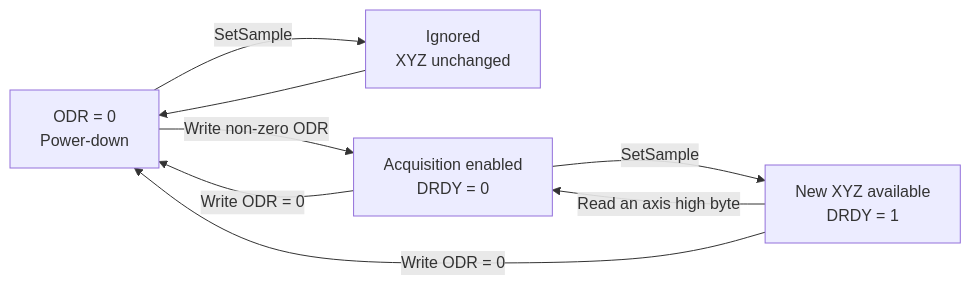
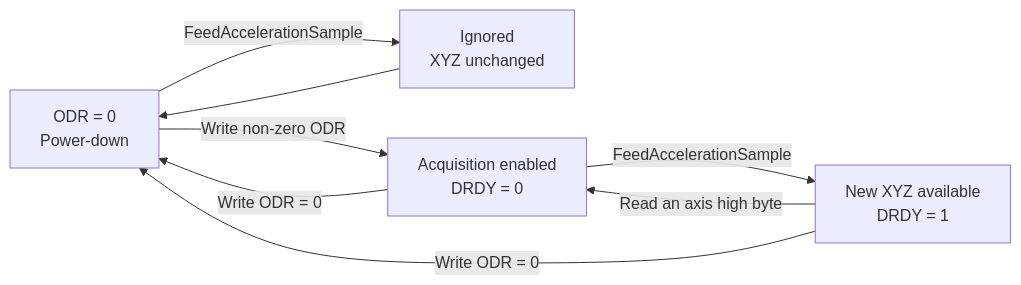
One commit to moschiel/renode-lis2dw12-tutorial changed the second of 2 diagrams in README.md. Above: the diagram before and after it, drawn with Mermaid. The commit also changed other lines of this file and 21 other files, not shown here.

````diff
--- a/README.md
+++ b/README.md
@@ -864,10 +881,10 @@
 ```mermaid
 flowchart LR
-    P[ODR = 0<br/>Power-down] -->|SetSample| I[Ignored<br/>XYZ unchanged]
+    P[ODR = 0<br/>Power-down] -->|FeedAccelerationSample| I[Ignored<br/>XYZ unchanged]
     I --> P
     P -->|Write non-zero ODR| A[Acquisition enabled<br/>DRDY = 0]
-    A -->|SetSample| D[New XYZ available<br/>DRDY = 1]
+    A -->|FeedAccelerationSample| D[New XYZ available<br/>DRDY = 1]
     D -->|Read an axis high byte| A
     A -->|Write ODR = 0| P
     D -->|Write ODR = 0| P
 ```
````
